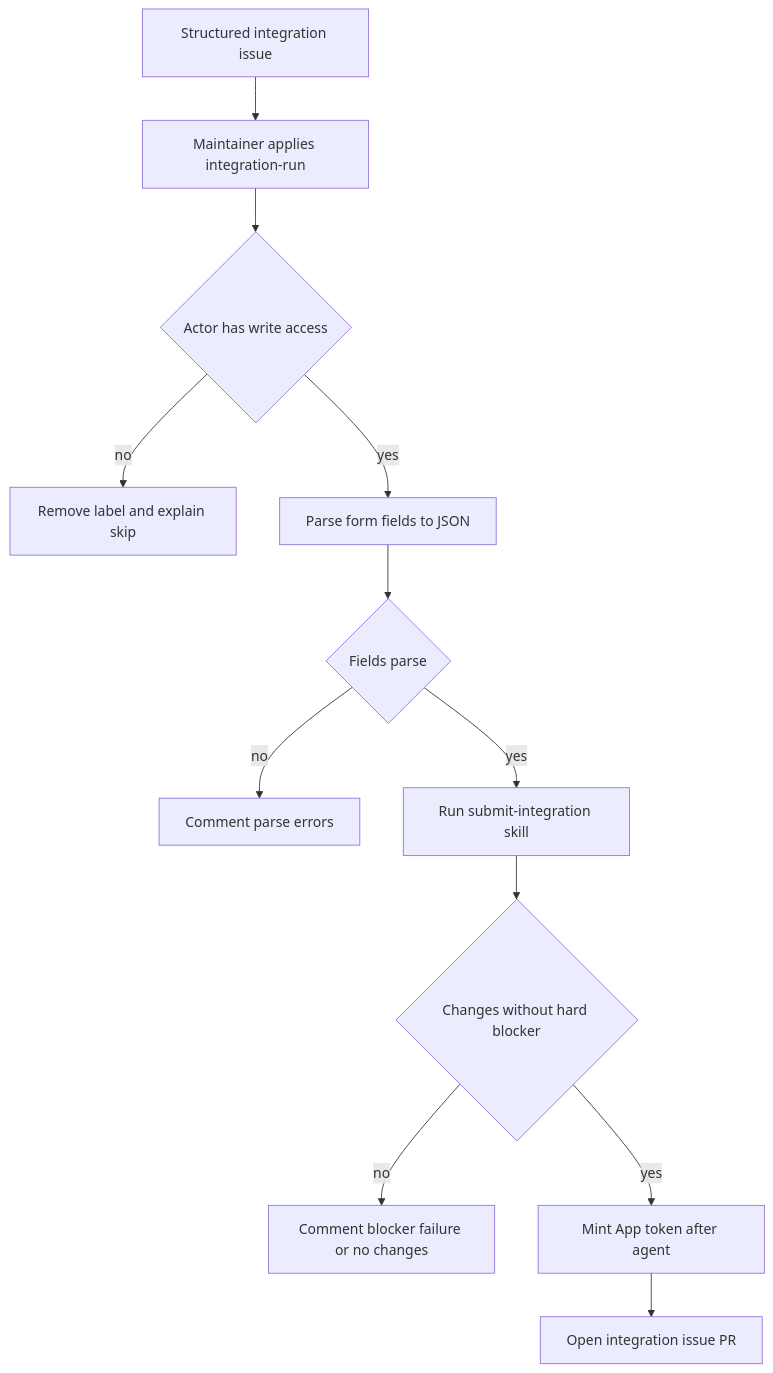
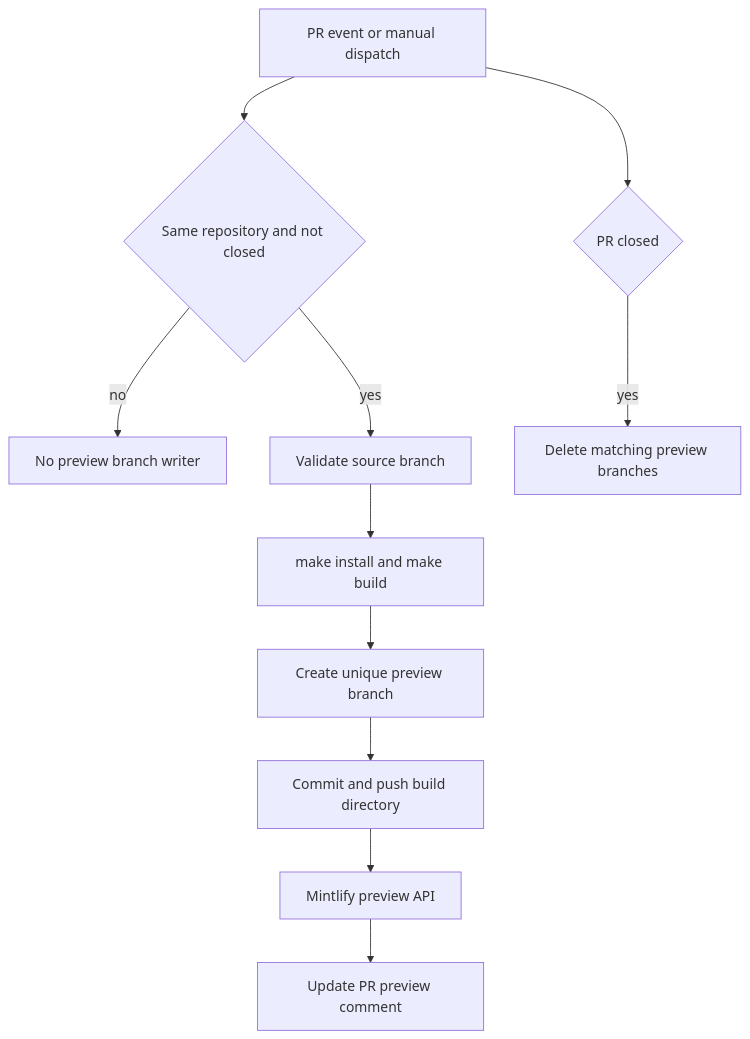
One commit to langchain-ai/docs changed the diagram in openwiki/quickstart.md. Above: the diagram before and after it, drawn with Mermaid. The commit also changed other lines of this file and 15 other files, not shown here.

````diff
--- a/openwiki/quickstart.md
+++ b/openwiki/quickstart.md
@@ -114,14 +113,13 @@
 ```mermaid
 flowchart TD
-  Form["Structured integration issue"] --> Gate["Maintainer applies integration-run"]
-  Gate --> Auth{"Actor has write access"}
-  Auth -->|"no"| Remove["Remove label and explain skip"]
-  Auth -->|"yes"| Parse["Parse form fields to JSON"]
-  Parse --> Valid{"Fields parse"}
-  Valid -->|"no"| Feedback["Comment parse errors"]
-  Valid -->|"yes"| Agent["Run submit-integration skill"]
-  Agent --> Result{"Changes without hard blocker"}
-  Result -->|"no"| Report["Comment blocker failure or no changes"]
-  Result -->|"yes"| Token["Mint App token after agent"]
-  Token --> Pull["Open integration issue PR"]
+  Event["PR event or manual dispatch"] --> Eligible{"Same repository and not closed"}
+  Eligible -->|"no"| Skip["No preview branch writer"]
+  Eligible -->|"yes"| Validate["Validate source branch"]
+  Validate --> Build["make install and make build"]
+  Build --> Branch["Create unique preview branch"]
+  Branch --> Handoff["Commit and push build directory"]
+  Handoff --> Deploy["Mintlify preview API"]
+  Deploy --> Comment["Update PR preview comment"]
+  Event --> Closed{"PR closed"}
+  Closed -->|"yes"| Cleanup["Delete matching preview branches"]
 ```
````
